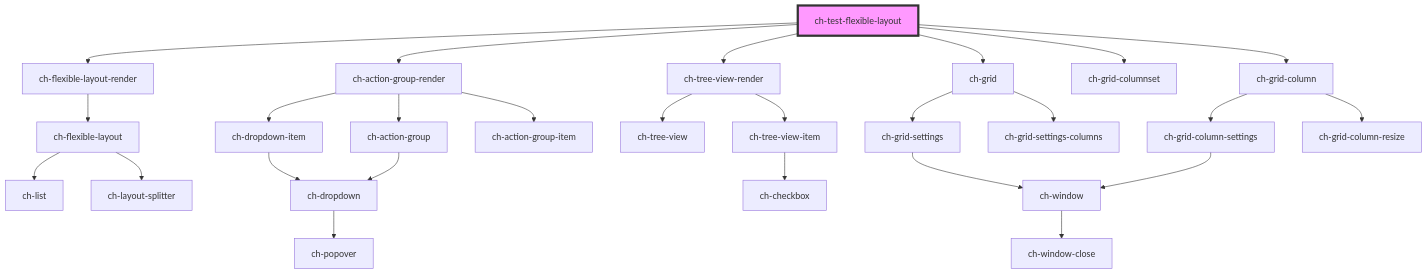
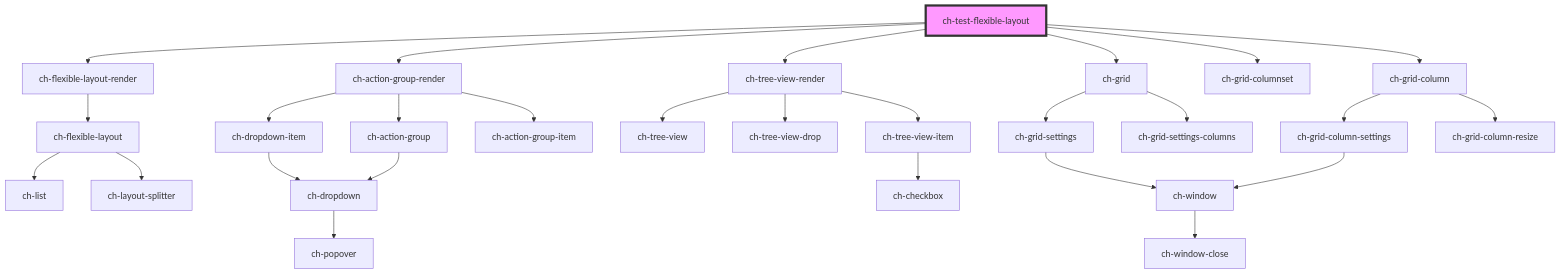
The diagram in src/components/test/test-flexible-layout/readme.md (genexuslabs/chameleon-controls-library), drawn with Mermaid before and after one commit. The commit also changed 30 other files, not shown here.

First line of the commit message:
Add support for dropping "before" and "after" a Tree View item (#223)

````diff
--- a/src/components/test/test-flexible-layout/readme.md
+++ b/src/components/test/test-flexible-layout/readme.md
@@ -27,29 +27,30 @@
 ```mermaid
 graph TD;
   ch-test-flexible-layout --> ch-flexible-layout-render
   ch-test-flexible-layout --> ch-action-group-render
   ch-test-flexible-layout --> ch-tree-view-render
   ch-test-flexible-layout --> ch-grid
   ch-test-flexible-layout --> ch-grid-columnset
   ch-test-flexible-layout --> ch-grid-column
   ch-flexible-layout-render --> ch-flexible-layout
   ch-flexible-layout --> ch-list
   ch-flexible-layout --> ch-layout-splitter
   ch-action-group-render --> ch-dropdown-item
   ch-action-group-render --> ch-action-group
   ch-action-group-render --> ch-action-group-item
   ch-dropdown-item --> ch-dropdown
   ch-dropdown --> ch-popover
   ch-action-group --> ch-dropdown
   ch-tree-view-render --> ch-tree-view
+  ch-tree-view-render --> ch-tree-view-drop
   ch-tree-view-render --> ch-tree-view-item
   ch-tree-view-item --> ch-checkbox
   ch-grid --> ch-grid-settings
   ch-grid --> ch-grid-settings-columns
   ch-grid-settings --> ch-window
   ch-window --> ch-window-close
   ch-grid-column --> ch-grid-column-settings
   ch-grid-column --> ch-grid-column-resize
   ch-grid-column-settings --> ch-window
   style ch-test-flexible-layout fill:#f9f,stroke:#333,stroke-width:4px
 ```
````
